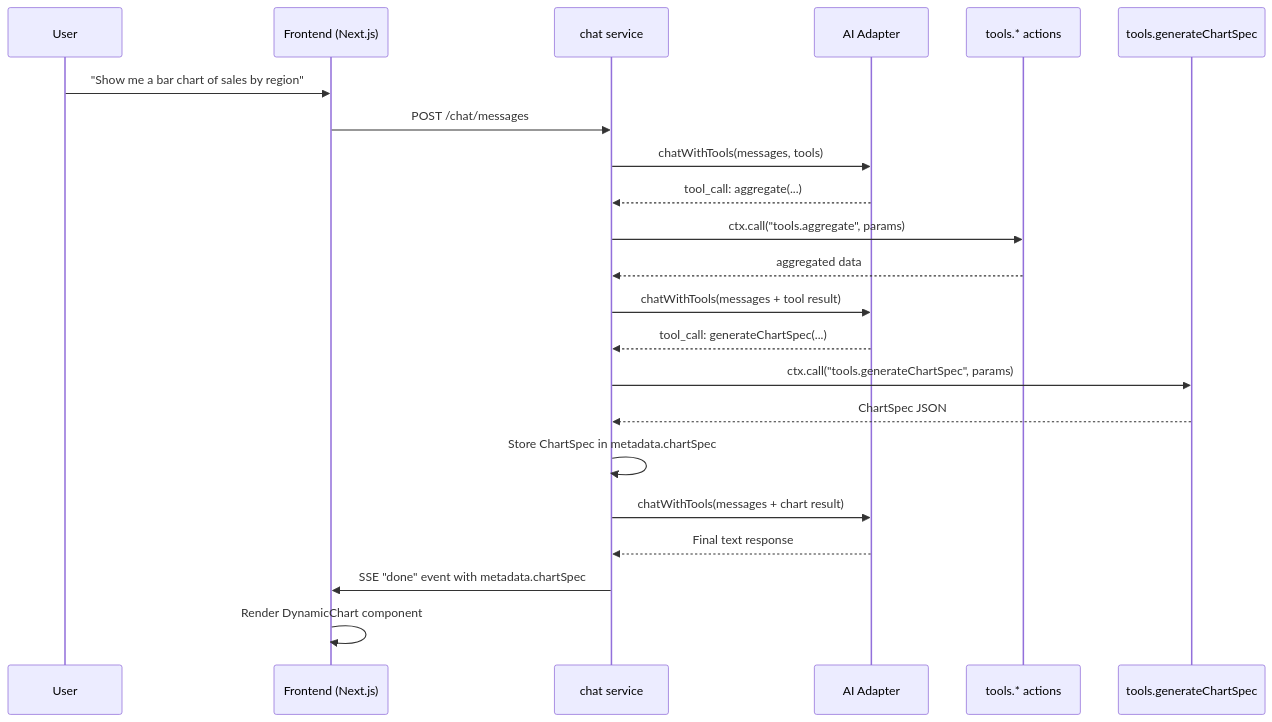
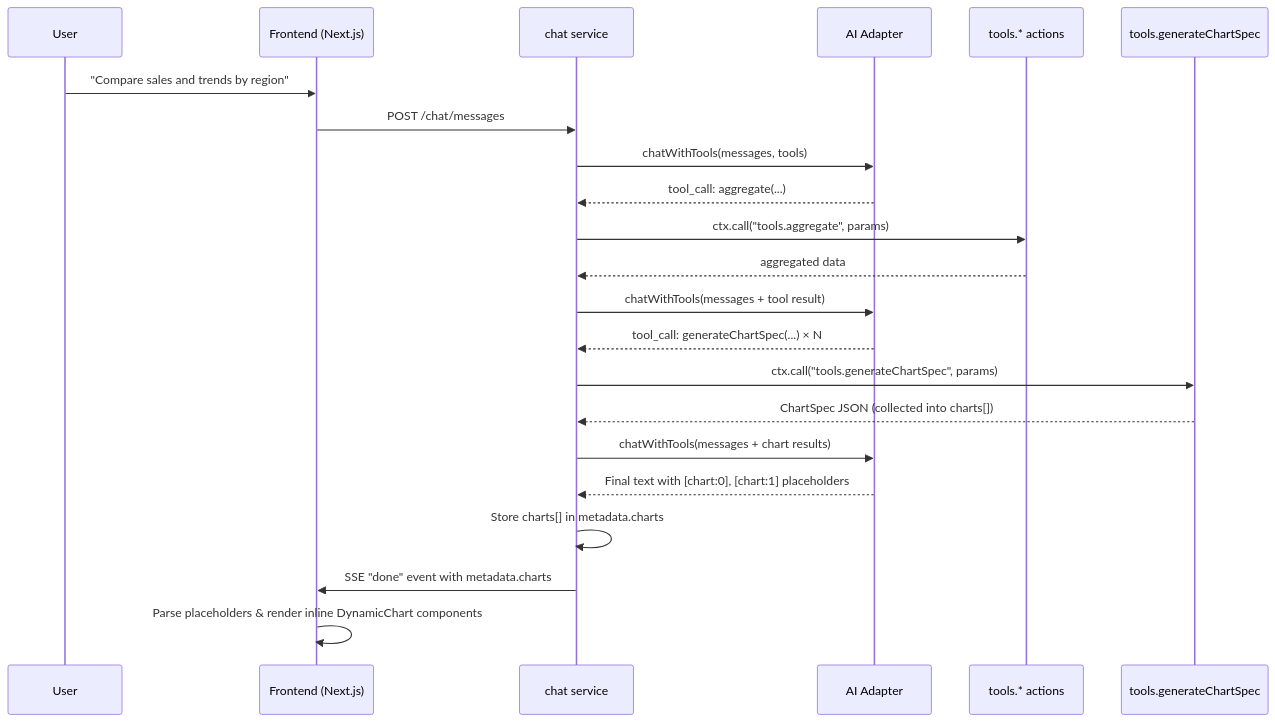
The diagram in docs/domain-knowledge/dynamic-data-visualization.md (hinora/data-analysis), drawn with Mermaid before and after one commit. The commit also changed other lines of this file and 9 other files, not shown here.

First line of the commit message:
feat: support multiple inline charts with data source referencing

````diff
--- a/docs/domain-knowledge/dynamic-data-visualization.md
+++ b/docs/domain-knowledge/dynamic-data-visualization.md
@@ -9,25 +9,25 @@
 ```mermaid
 sequenceDiagram
     participant User
     participant Frontend as Frontend (Next.js)
     participant ChatSvc as chat service
     participant AI as AI Adapter
     participant Tools as tools.* actions
     participant ChartTool as tools.generateChartSpec
 
-    User->>Frontend: "Show me a bar chart of sales by region"
+    User->>Frontend: "Compare sales and trends by region"
     Frontend->>ChatSvc: POST /chat/messages
     ChatSvc->>AI: chatWithTools(messages, tools)
     AI-->>ChatSvc: tool_call: aggregate(...)
     ChatSvc->>Tools: ctx.call("tools.aggregate", params)
     Tools-->>ChatSvc: aggregated data
     ChatSvc->>AI: chatWithTools(messages + tool result)
-    AI-->>ChatSvc: tool_call: generateChartSpec(...)
+    AI-->>ChatSvc: tool_call: generateChartSpec(...) × N
     ChatSvc->>ChartTool: ctx.call("tools.generateChartSpec", params)
-    ChartTool-->>ChatSvc: ChartSpec JSON
-    ChatSvc->>ChatSvc: Store ChartSpec in metadata.chartSpec
-    ChatSvc->>AI: chatWithTools(messages + chart result)
-    AI-->>ChatSvc: Final text response
-    ChatSvc->>Frontend: SSE "done" event with metadata.chartSpec
-    Frontend->>Frontend: Render DynamicChart component
+    ChartTool-->>ChatSvc: ChartSpec JSON (collected into charts[])
+    ChatSvc->>AI: chatWithTools(messages + chart results)
+    AI-->>ChatSvc: Final text with [chart:0], [chart:1] placeholders
+    ChatSvc->>ChatSvc: Store charts[] in metadata.charts
+    ChatSvc->>Frontend: SSE "done" event with metadata.charts
+    Frontend->>Frontend: Parse placeholders & render inline DynamicChart components
 ```
````
